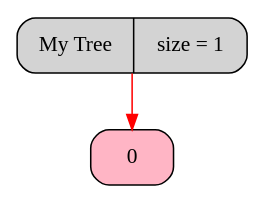
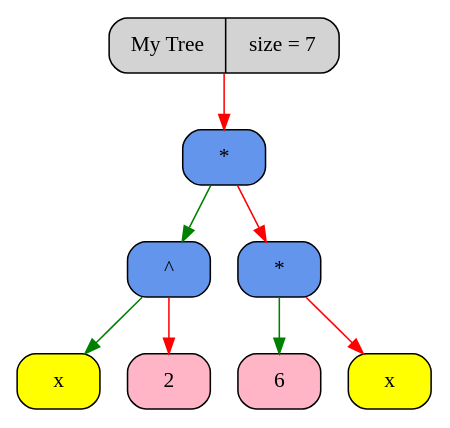
Before and after one commit to Pelmeshka127/Differenciator-Machine-Son: the diagram in graphics/graph.dot, drawn with Graphviz. The commit also changed 33 other files, not shown here.

```diff
--- a/graphics/graph.dot
+++ b/graphics/graph.dot
@@ -1,9 +1,21 @@
 digraph Tree
 {
    rankdir = HR;
    node[fontsize=14];
    edge[color="black",fontcolor="blue",fontsize=12];
-   tree[shape = Mrecord, style = filled, filcolor = "red", label = "My Tree | size = 1"];
-   "0x102601ea0"[shape = Mrecord, style = filled, fillcolor = "pink1",   label = " <value> 0"];
-   tree -> "0x102601ea0" [color = "red"];
+   tree[shape = Mrecord, style = filled, filcolor = "red", label = "My Tree | size = 7"];
+   "0x107201ff0"[shape = Mrecord, style = filled, fillcolor = "cornflowerblue",   label = " <value> *"];
+  "0x107201ff0" -> "0x107201fc0" [color = "green"];
+  "0x107201ff0" -> "0x107201f30" [color = "red"];
+   "0x107201fc0"[shape = Mrecord, style = filled, fillcolor = "cornflowerblue",   label = " <value> ^"];
+  "0x107201fc0" -> "0x107201f90" [color = "green"];
+  "0x107201fc0" -> "0x107201f60" [color = "red"];
+   "0x107201f90"[shape = Mrecord, style = filled, fillcolor = "yellow",   label = " <value> x"];
+   "0x107201f60"[shape = Mrecord, style = filled, fillcolor = "pink1",   label = " <value> 2"];
+   "0x107201f30"[shape = Mrecord, style = filled, fillcolor = "cornflowerblue",   label = " <value> *"];
+  "0x107201f30" -> "0x107201f00" [color = "green"];
+  "0x107201f30" -> "0x107201ed0" [color = "red"];
+   "0x107201f00"[shape = Mrecord, style = filled, fillcolor = "pink1",   label = " <value> 6"];
+   "0x107201ed0"[shape = Mrecord, style = filled, fillcolor = "yellow",   label = " <value> x"];
+   tree -> "0x107201ff0" [color = "red"];
 }
```
